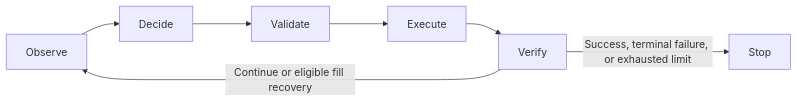
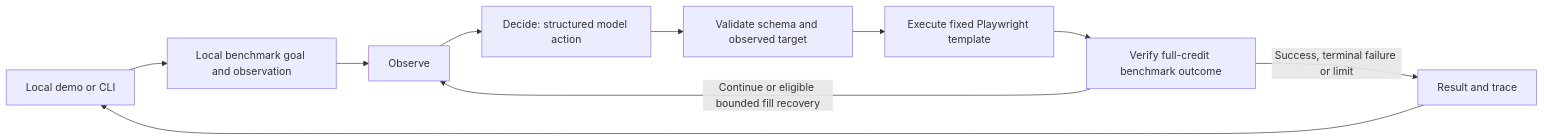
The diagram in README.md (rain9190/autonomous-browser-agent), drawn with Mermaid before and after one commit. The commit also changed other lines of this file and 9 other files, not shown here.

Commit message:
Add local demo interface, execution traces and portfolio documentation

````diff
--- a/README.md
+++ b/README.md
@@ -103,9 +125,12 @@
 ```mermaid
 flowchart LR
-  O[Observe] --> D[Decide]
-  D --> V[Validate]
-  V --> E[Execute]
-  E --> C[Verify]
-  C -->|Continue or eligible fill recovery| O
-  C -->|Success, terminal failure, or exhausted limit| X[Stop]
+    UI[Local demo or CLI] --> G[Local benchmark goal and observation]
+    G --> O[Observe]
+    O --> D[Decide: structured model action]
+    D --> V[Validate schema and observed target]
+    V --> E[Execute fixed Playwright template]
+    E --> C[Verify full-credit benchmark outcome]
+    C -->|Continue or eligible bounded fill recovery| O
+    C -->|Success, terminal failure or limit| R[Result and trace]
+    R --> UI
 ```
````
